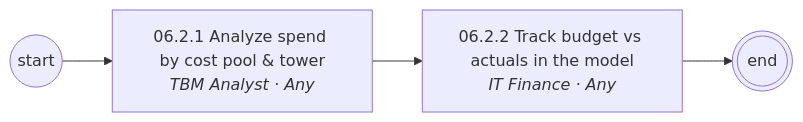
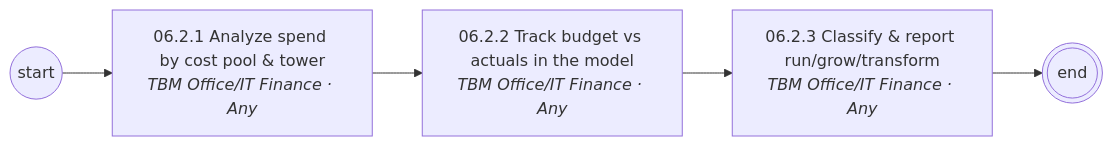
One commit to corbyjames/apptio-process-catalog changed the third of 7 diagrams in diagrams/mermaid/area-06.md. Above: the diagram before and after it, drawn with Mermaid. The commit also changed other lines of this file and 251 other files, not shown here.

````diff
--- a/diagrams/mermaid/area-06.md
+++ b/diagrams/mermaid/area-06.md
@@ -45,9 +43,11 @@
 ```mermaid
 flowchart LR
   S((start))
-  N06_2_1["06.2.1 Analyze spend by cost pool & tower<br/><i>TBM Analyst · Any</i>"]
+  N06_2_1["06.2.1 Analyze spend by cost pool & tower<br/><i>TBM Office/IT Finance · Any</i>"]
   S --> N06_2_1
-  N06_2_2["06.2.2 Track budget vs actuals in the model<br/><i>IT Finance · Any</i>"]
+  N06_2_2["06.2.2 Track budget vs actuals in the model<br/><i>TBM Office/IT Finance · Any</i>"]
   N06_2_1 --> N06_2_2
-  N06_2_2 --> E(((end)))
+  N06_2_3["06.2.3 Classify & report run/grow/transform<br/><i>TBM Office/IT Finance · Any</i>"]
+  N06_2_2 --> N06_2_3
+  N06_2_3 --> E(((end)))
 ```
````
